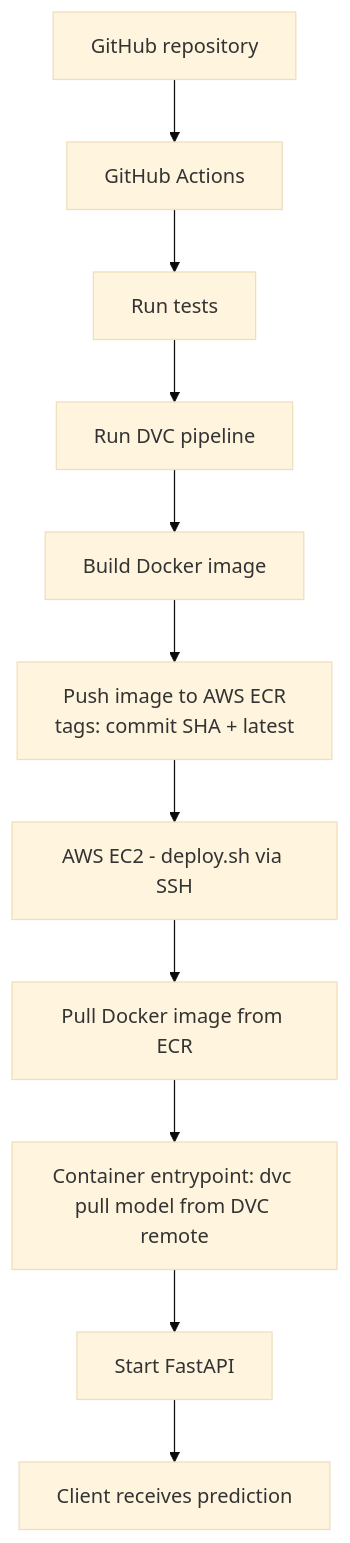
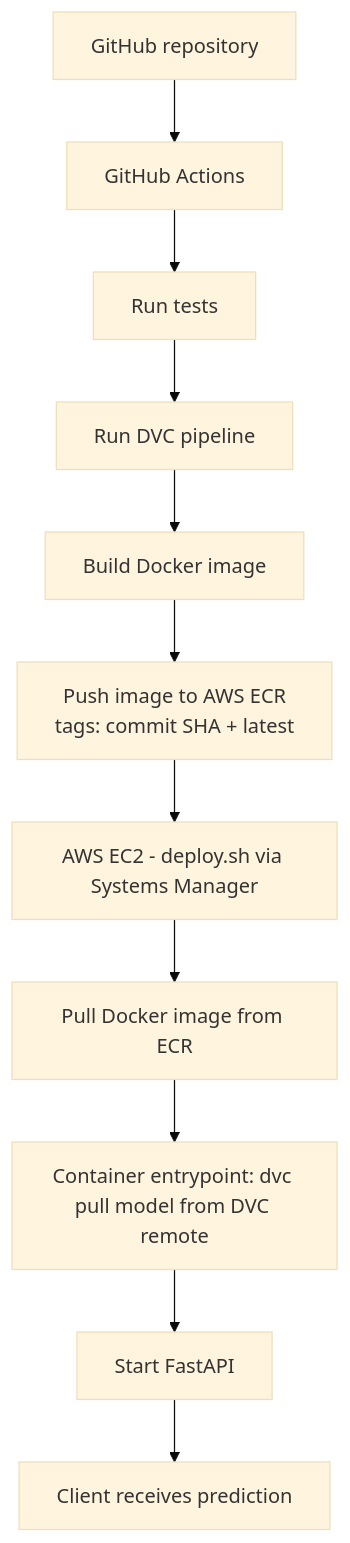
The second of 2 diagrams in docs/architecture.md (lucy-moses/voltguard-mlops), drawn with Mermaid (base theme) before and after one commit. The commit also changed 28 other files, not shown here.

````diff
--- a/docs/architecture.md
+++ b/docs/architecture.md
@@ -23,13 +23,13 @@
 ```mermaid
 flowchart TD
     A[GitHub repository] --> B[GitHub Actions]
     B --> C[Run tests]
     C --> D[Run DVC pipeline]
     D --> E[Build Docker image]
     E --> F[Push image to AWS ECR<br/>tags: commit SHA + latest]
-    F --> G[AWS EC2 - deploy.sh via SSH]
+    F --> G[AWS EC2 - deploy.sh via Systems Manager]
     G --> H[Pull Docker image from ECR]
     H --> I[Container entrypoint: dvc pull model from DVC remote]
     I --> J[Start FastAPI]
     J --> K[Client receives prediction]
 ```
````
